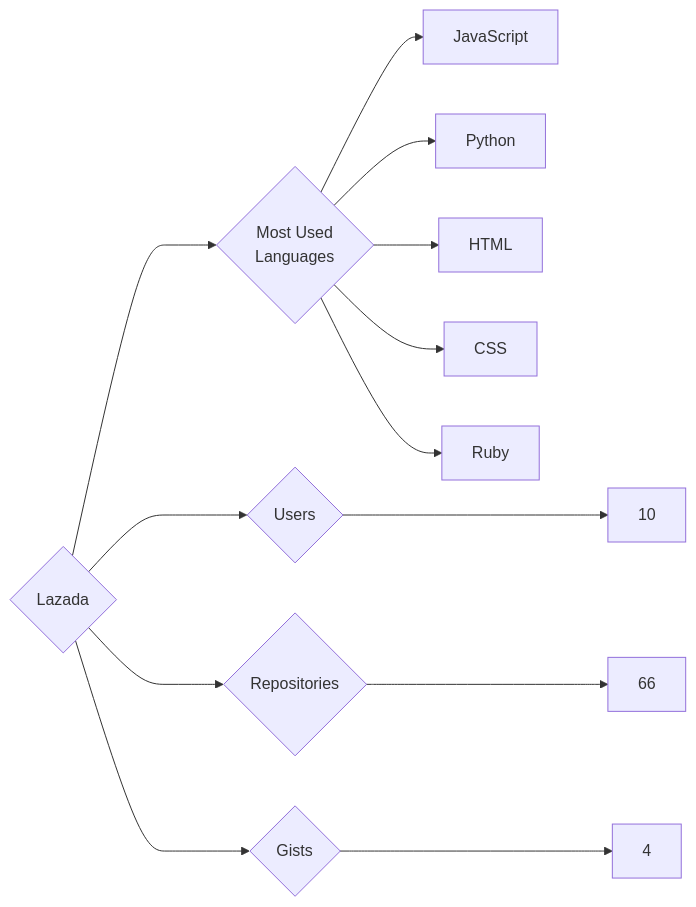
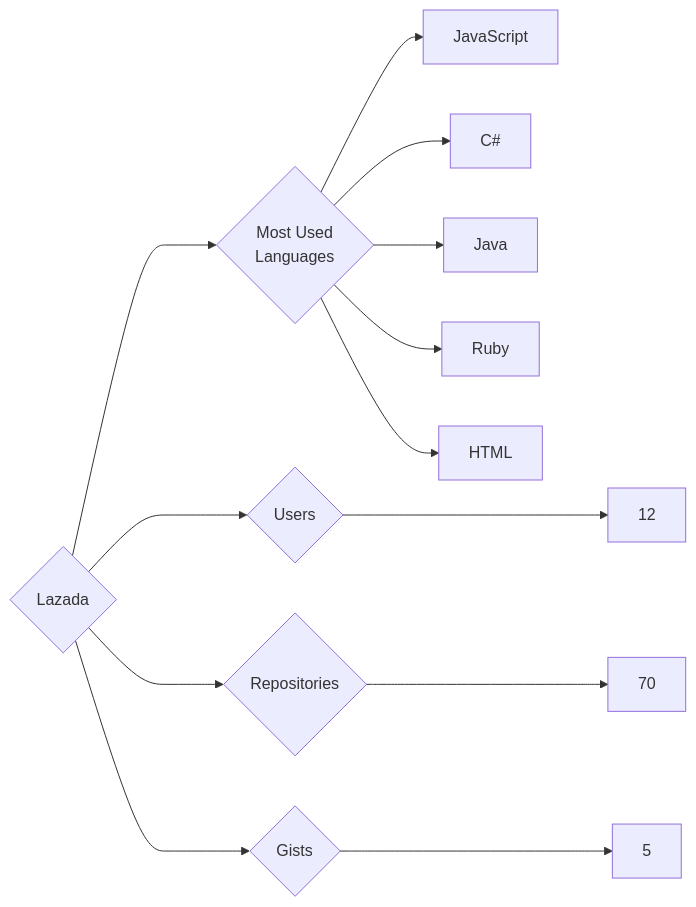
The diagram in targets/Lazada/README.md (trickest/insiders), drawn with Mermaid before and after one commit. The commit also changed 757 other files, not shown here.

````diff
--- a/targets/Lazada/README.md
+++ b/targets/Lazada/README.md
@@ -3,13 +3,13 @@
 ```mermaid
 graph LR
 COMPANY_NAME{Lazada}
-COMPANY_NAME ---> U{Users} ---> UN[10]
-COMPANY_NAME ---> R{Repositories} ---> RN[66]
-COMPANY_NAME ---> G{Gists} ---> GN[4]
+COMPANY_NAME ---> U{Users} ---> UN[12]
+COMPANY_NAME ---> R{Repositories} ---> RN[70]
+COMPANY_NAME ---> G{Gists} ---> GN[5]
 COMPANY_NAME ---> ML{Most Used<br>Languages}
 ML --> JavaScript[JavaScript]
-ML --> Python[Python]
+ML --> C#[C#]
+ML --> Java[Java]
+ML --> Ruby[Ruby]
 ML --> HTML[HTML]
-ML --> CSS[CSS]
-ML --> Ruby[Ruby]
 ```
````
